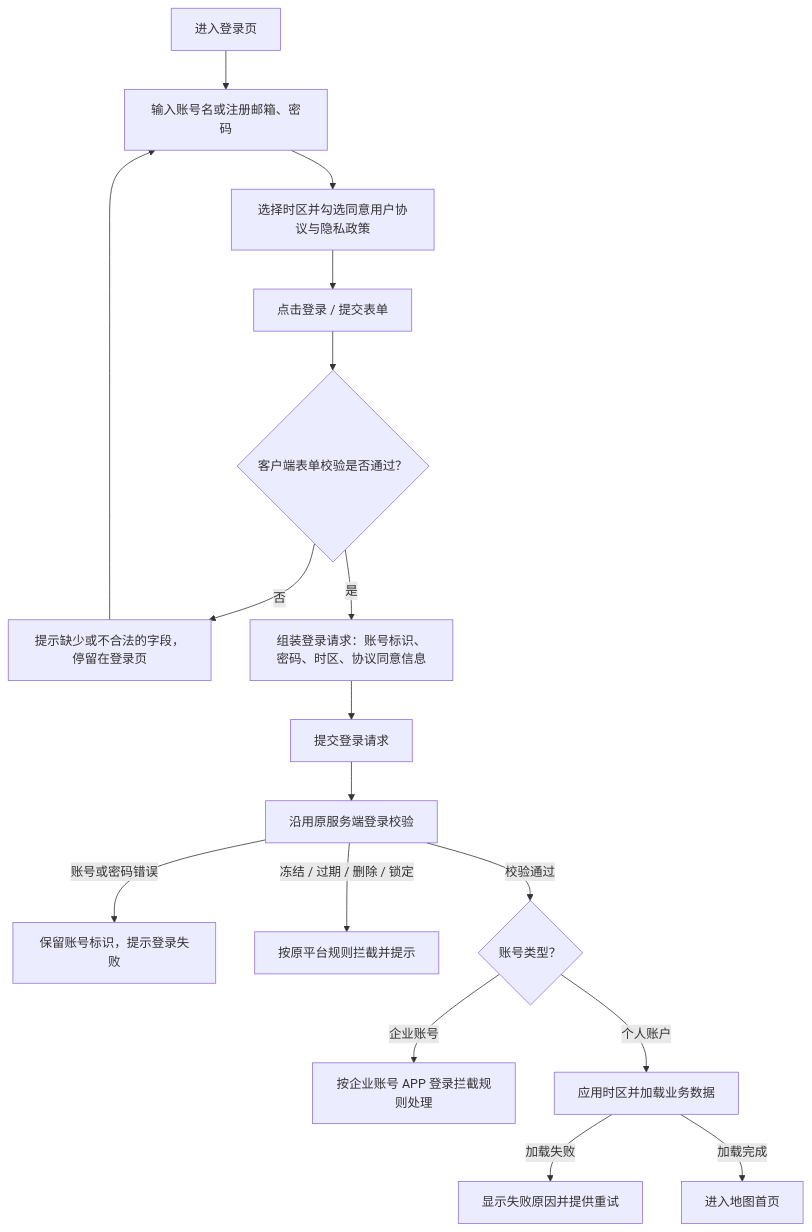
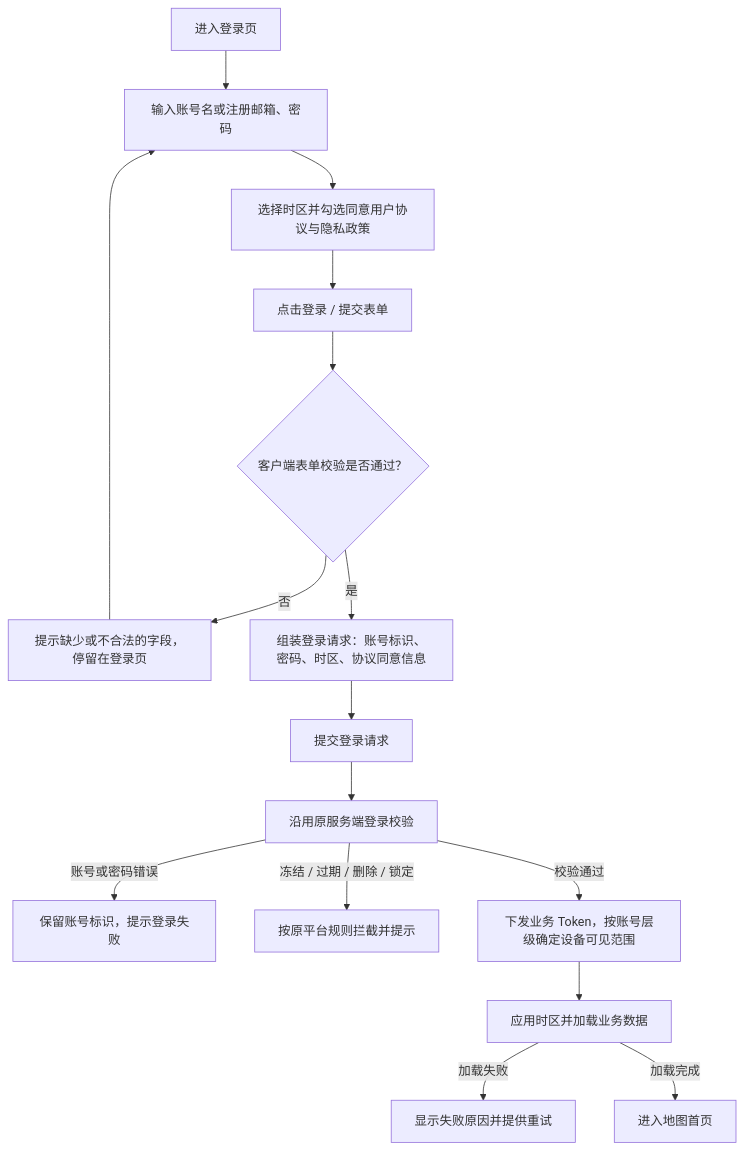
Before and after one commit to CuMgNa/skills: the second of 4 diagrams in docs/manuals/革泰/逻辑大纲/革泰 APP 登录与注册逻辑点梳理 plan.md, drawn with Mermaid. The commit also changed other lines of this file and 23 other files, not shown here.

````diff
--- a/docs/manuals/革泰/逻辑大纲/革泰 APP 登录与注册逻辑点梳理 plan.md
+++ b/docs/manuals/革泰/逻辑大纲/革泰 APP 登录与注册逻辑点梳理 plan.md
@@ -188,19 +232,18 @@
 ```mermaid
 flowchart TD
     A["进入登录页"] --> B["输入账号名或注册邮箱、密码"]
     B --> C["选择时区并勾选同意用户协议与隐私政策"]
     C --> D["点击登录 / 提交表单"]
     D --> E{"客户端表单校验是否通过？"}
     E -->|"否"| F["提示缺少或不合法的字段，停留在登录页"]
     F --> B
     E -->|"是"| G["组装登录请求：账号标识、密码、时区、协议同意信息"]
     G --> H["提交登录请求"]
     H --> I["沿用原服务端登录校验"]
     I -->|"账号或密码错误"| J["保留账号标识，提示登录失败"]
     I -->|"冻结 / 过期 / 删除 / 锁定"| K["按原平台规则拦截并提示"]
-    I -->|"校验通过"| L{"账号类型？"}
-    L -->|"企业账号"| M["按企业账号 APP 登录拦截规则处理"]
-    L -->|"个人账户"| N["应用时区并加载业务数据"]
+    I -->|"校验通过"| L["下发业务 Token，按账号层级确定设备可见范围"]
+    L --> N["应用时区并加载业务数据"]
     N -->|"加载失败"| O["显示失败原因并提供重试"]
     N -->|"加载完成"| P["进入地图首页"]
 ```
````
